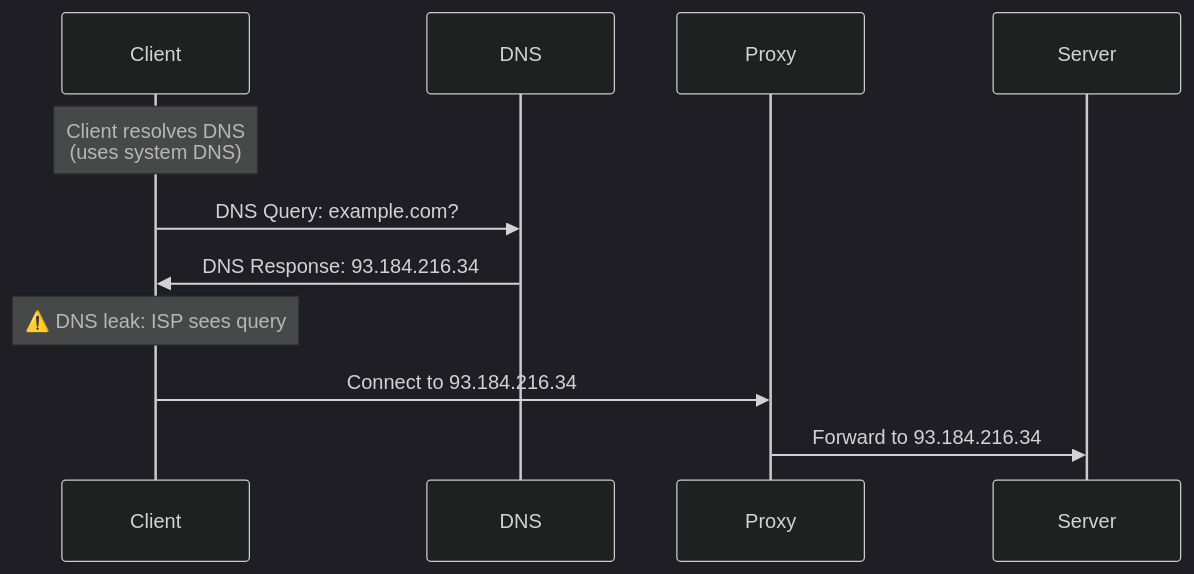
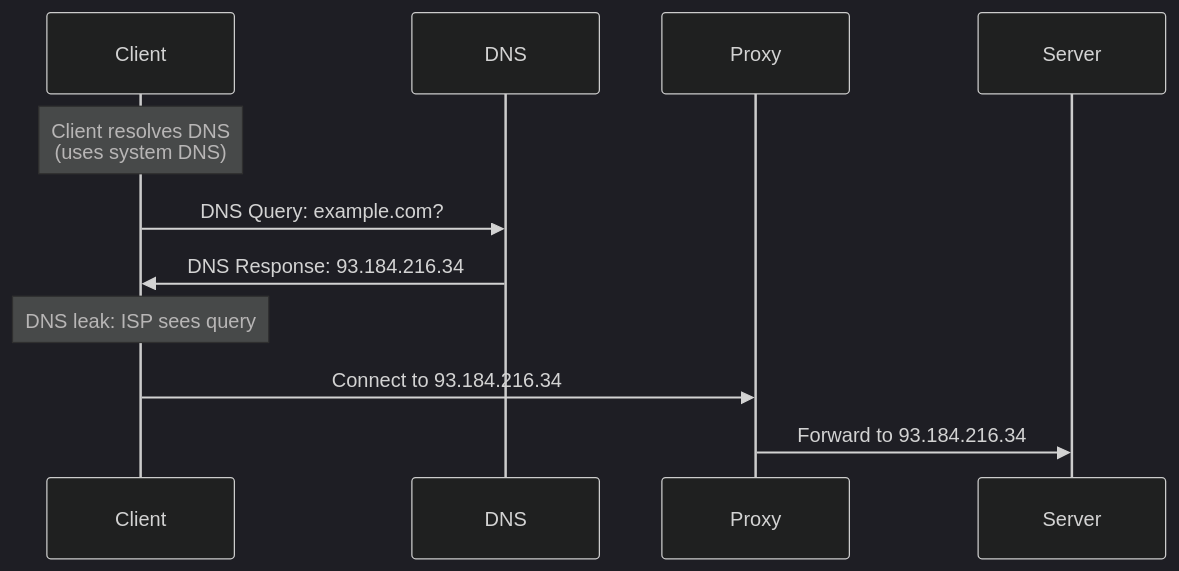
One commit to yie1d/pydoll changed the fifth of 8 diagrams in docs/en/deep-dive/network/socks-proxies.md. Above: the diagram before and after it, drawn with Mermaid (dark theme). The commit also changed other lines of this file and 159 other files, not shown here.

````diff
--- a/docs/en/deep-dive/network/socks-proxies.md
+++ b/docs/en/deep-dive/network/socks-proxies.md
@@ -363,15 +361,15 @@
 ```mermaid
 sequenceDiagram
     participant Client
     participant DNS
     participant Proxy
     participant Server
     
     Note over Client: Client resolves DNS<br/>(uses system DNS)
     Client->>DNS: DNS Query: example.com?
     DNS->>Client: DNS Response: 93.184.216.34
-    Note over Client: ⚠️ DNS leak: ISP sees query
+    Note over Client: DNS leak: ISP sees query
     
     Client->>Proxy: Connect to 93.184.216.34
     Proxy->>Server: Forward to 93.184.216.34
 ```
````
